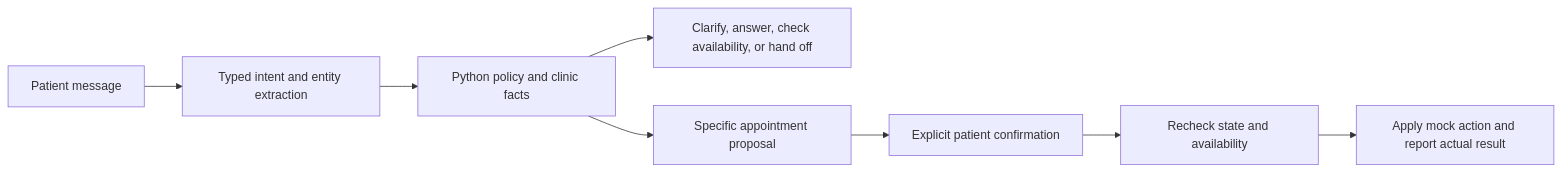
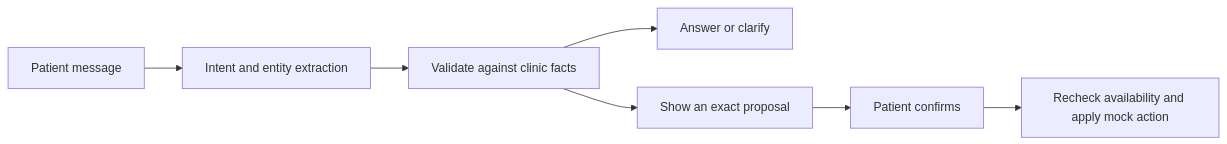
Before and after one commit to joeElieSarkis/clinikit-ai-assessment: the diagram in docs/approach.md, drawn with Mermaid. The commit also changed other lines of this file and 3 other files, not shown here.

````diff
--- a/docs/approach.md
+++ b/docs/approach.md
@@ -5,10 +5,9 @@
 ```mermaid
 flowchart LR
-    A[Patient message] --> B[Typed intent and entity extraction]
-    B --> C[Python policy and clinic facts]
-    C --> D[Clarify, answer, check availability, or hand off]
-    C --> E[Specific appointment proposal]
-    E --> F[Explicit patient confirmation]
-    F --> G[Recheck state and availability]
-    G --> H[Apply mock action and report actual result]
+    A[Patient message] --> B[Intent and entity extraction]
+    B --> C[Validate against clinic facts]
+    C --> D[Answer or clarify]
+    C --> E[Show an exact proposal]
+    E --> F[Patient confirms]
+    F --> G[Recheck availability and apply mock action]
 ```
````
